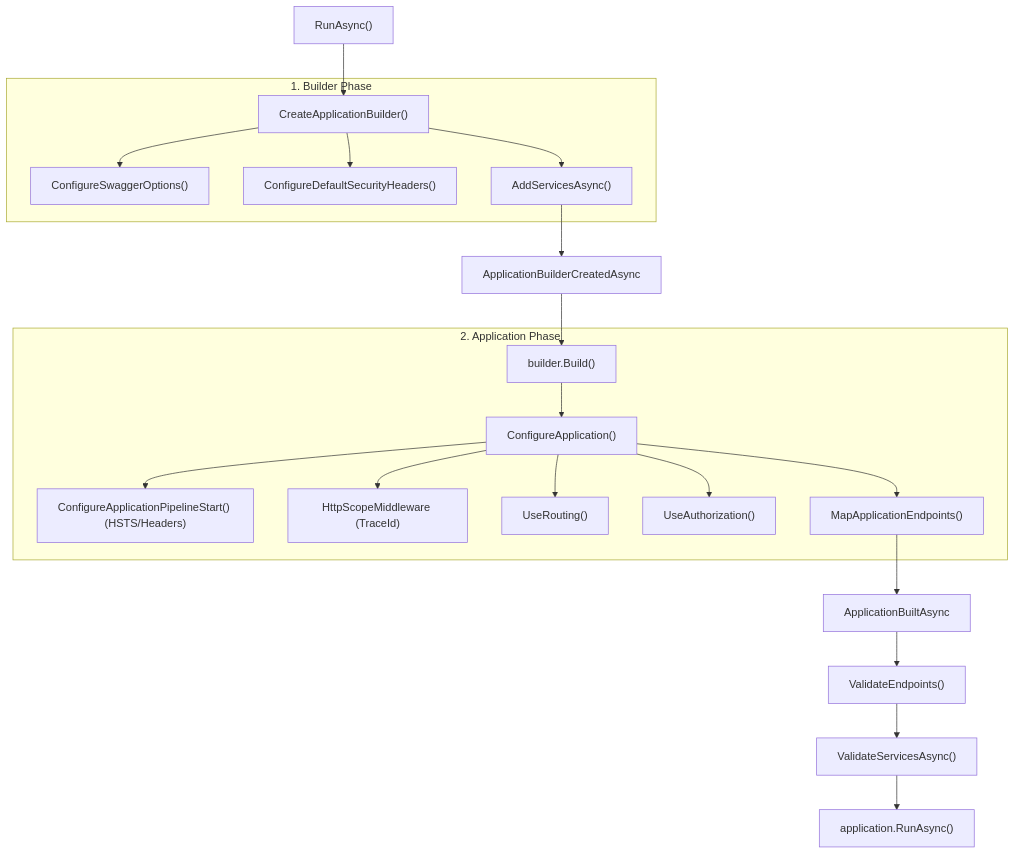
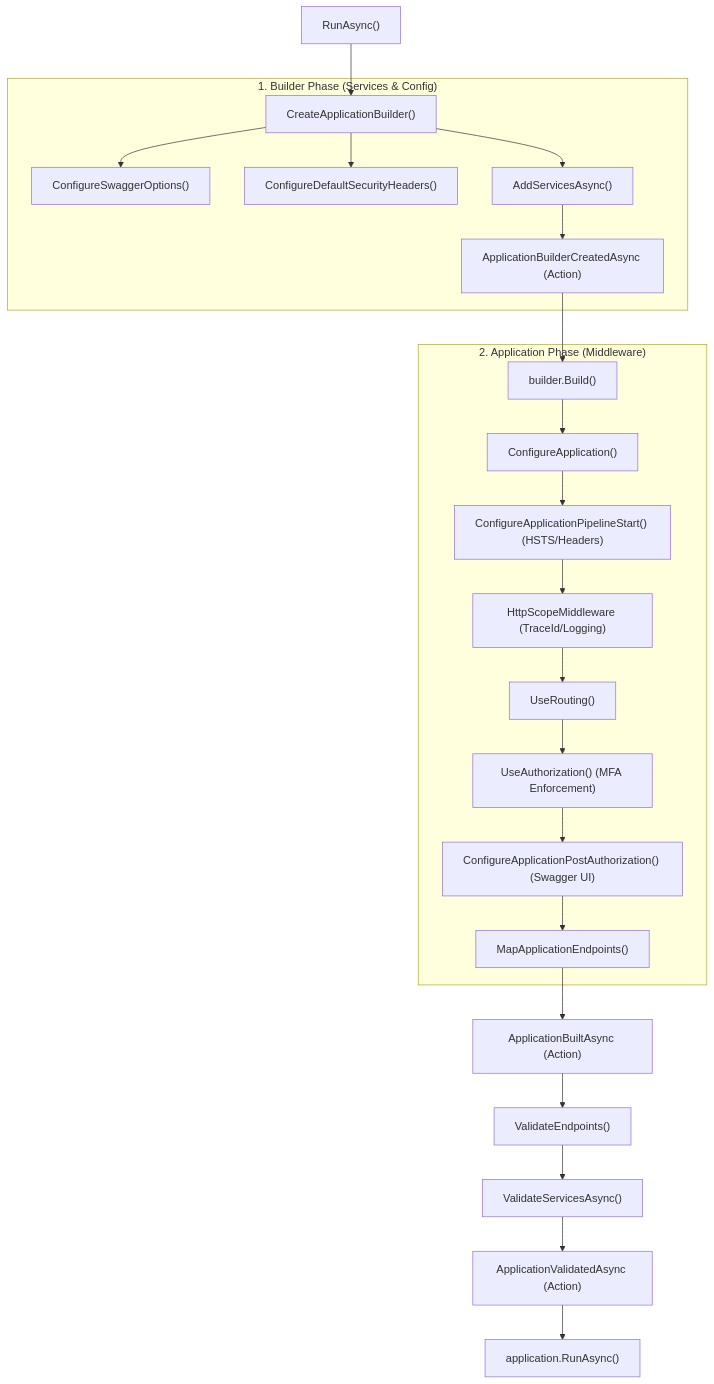
The diagram in DRN.Framework.Hosting/README.md (duranserkan/DRN-Project), drawn with Mermaid before and after one commit. The commit also changed other lines of this file, not shown here.

````diff
--- a/DRN.Framework.Hosting/README.md
+++ b/DRN.Framework.Hosting/README.md
@@ -90,27 +105,29 @@
 ```mermaid
 graph TD
     Start["RunAsync()"] --> CAB["CreateApplicationBuilder()"]
     
-    subgraph "1. Builder Phase"
+    subgraph "1. Builder Phase (Services & Config)"
     CAB --> CSO["ConfigureSwaggerOptions()"]
     CAB --> CDSH["ConfigureDefaultSecurityHeaders()"]
     CAB --> ASA["AddServicesAsync()"]
+    ASA --> ABC["ApplicationBuilderCreatedAsync (Action)"]
     end
 
-    ASA --> ABC["ApplicationBuilderCreatedAsync"]
     ABC --> Build["builder.Build()"]
     
-    subgraph "2. Application Phase"
+    subgraph "2. Application Phase (Middleware)"
     Build --> CA["ConfigureApplication()"]
     CA --> CAPS["ConfigureApplicationPipelineStart() (HSTS/Headers)"]
-    CA --> LOG["HttpScopeMiddleware (TraceId)"]
-    CA --> UR["UseRouting()"]
-    CA --> UA["UseAuthorization()"]
-    CA --> MAE["MapApplicationEndpoints()"]
+    CAPS --> LOG["HttpScopeMiddleware (TraceId/Logging)"]
+    LOG --> UR["UseRouting()"]
+    UR --> UA["UseAuthorization() (MFA Enforcement)"]
+    UA --> CPSTA["ConfigureApplicationPostAuthorization() (Swagger UI)"]
+    CPSTA --> MAE["MapApplicationEndpoints()"]
     end
 
-    MAE --> ABA["ApplicationBuiltAsync"]
+    MAE --> ABA["ApplicationBuiltAsync (Action)"]
     ABA --> VE["ValidateEndpoints()"]
     VE --> VSA["ValidateServicesAsync()"]
-    VSA --> Run["application.RunAsync()"]
+    VSA --> AVA["ApplicationValidatedAsync (Action)"]
+    AVA --> Run["application.RunAsync()"]
 ```
````
